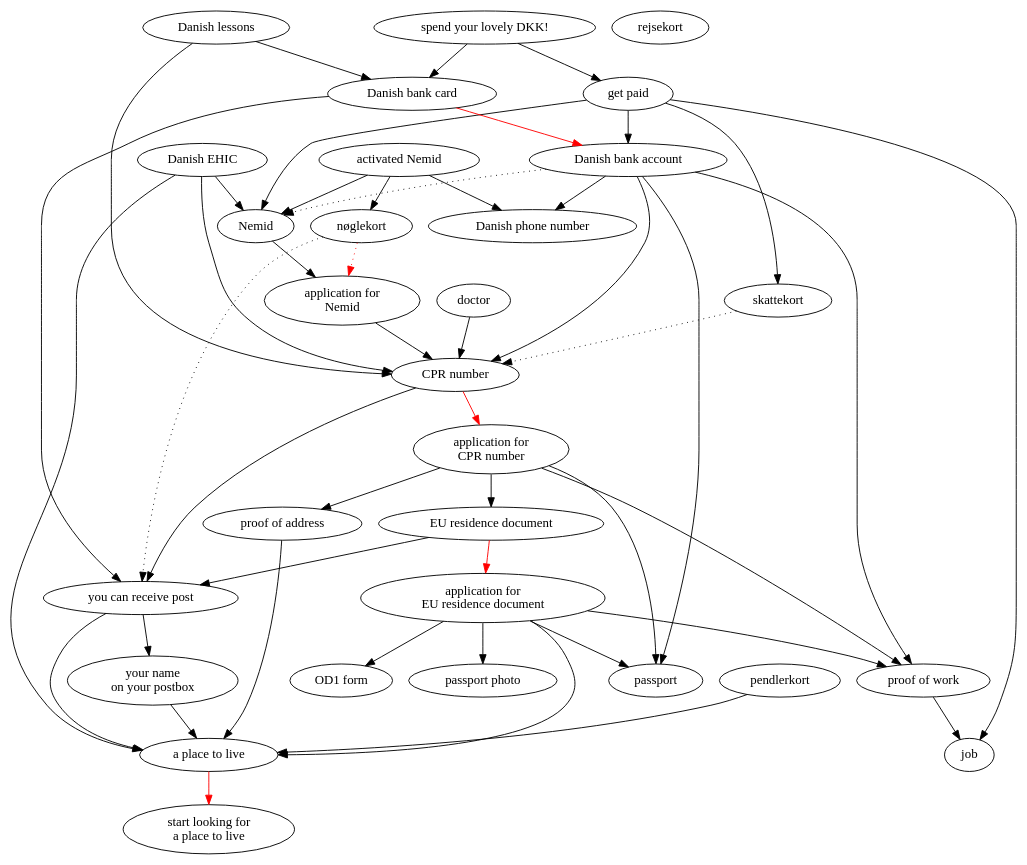
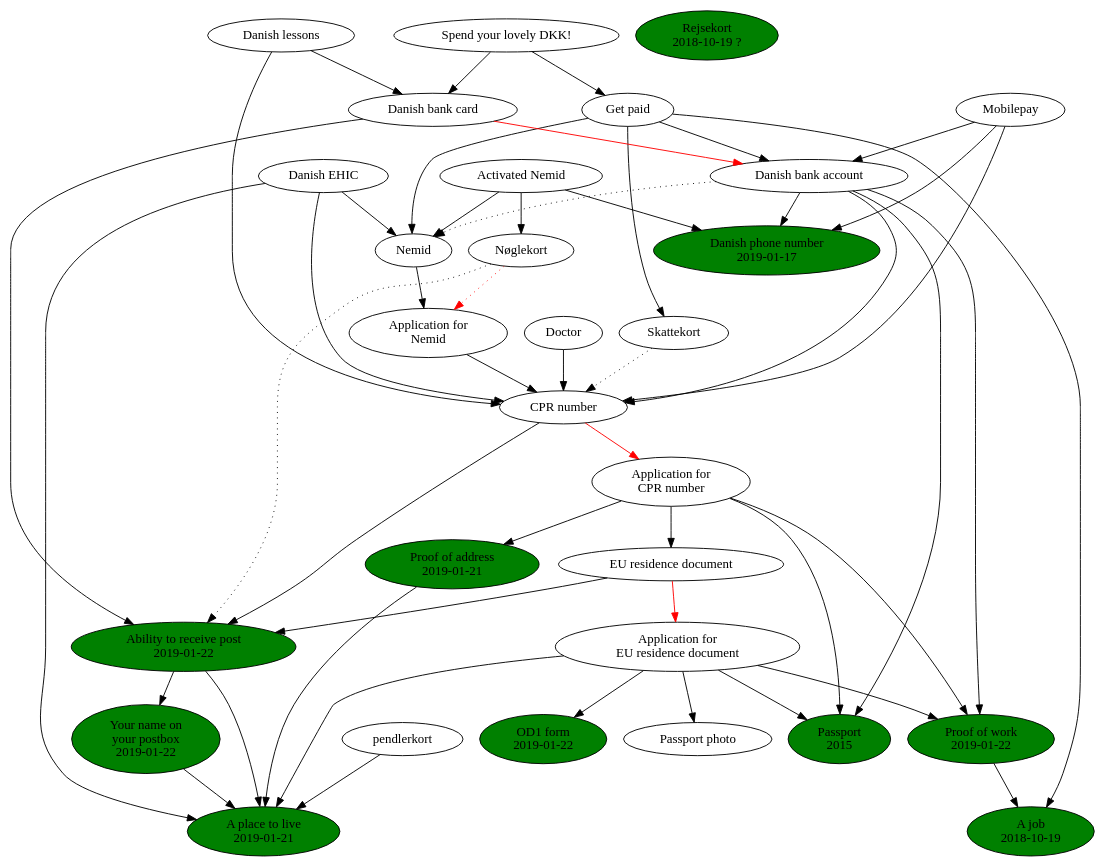
The diagram in flytter-til-danmark.dot (NoahBohme/emigrerer-til-danmark), drawn with Graphviz before and after one commit. The commit also changed 5 other files, not shown here.

```diff
--- a/flytter-til-danmark.dot
+++ b/flytter-til-danmark.dot
@@ -1,100 +1,103 @@
 digraph g {
-  job
-  proof_of_work [ label="proof of work" ]
+  job [ label="A job\n2018-10-19" style=filled fillcolor=green ]
+  proof_of_work [ label="Proof of work\n2019-01-22" style=filled fillcolor=green ]
   proof_of_work -> job
 
-  passport
+  passport [ label="Passport\n2015" style=filled fillcolor=green ]
 
-  danish_phone_number [ label="Danish phone number" ]
-  rejsekort
+  danish_phone_number [ label="Danish phone number\n2019-01-17" style=filled fillcolor=green ]
+  rejsekort [ label="Rejsekort\n2018-10-19 ?" style=filled fillcolor=green ]
 
-  start_looking_for_place_to_live [ label="start looking for\na place to live" ]
-  place_to_live [ label="a place to live" ]
-  place_to_live -> start_looking_for_place_to_live [ color="red" ]
+  place_to_live [ label="A place to live\n2019-01-21" style=filled fillcolor=green ]
 
-  name_on_postbox [ label="your name\non your postbox" ]
+  name_on_postbox [ label="Your name on\nyour postbox\n2019-01-22" style=filled fillcolor=green ]
   name_on_postbox -> place_to_live
 
-  can_receive_post [ label="you can receive post" ]
+  can_receive_post [ label="Ability to receive post\n2019-01-22" style=filled fillcolor=green ]
   can_receive_post -> place_to_live
   can_receive_post -> name_on_postbox
 
   pendlerkort
   pendlerkort -> place_to_live
 
-  eu_residence_document_application [ label="application for\nEU residence document" ]
+  eu_residence_document_application [ label="Application for\nEU residence document" ]
   eu_residence_document_application -> place_to_live
   eu_residence_document_application -> proof_of_work
   eu_residence_document_application -> passport
   eu_residence_document_application -> od1_form
-  od1_form [ label="OD1 form" ]
-  passport_photo [ label="passport photo" ]
+  od1_form [ label="OD1 form\n2019-01-22" style=filled fillcolor=green ]
+  passport_photo [ label="Passport photo" ]
   eu_residence_document_application -> passport_photo
 
   eu_residence_document [ label="EU residence document" ]
   eu_residence_document -> eu_residence_document_application [ color="red" ]
   eu_residence_document -> can_receive_post
 
-  cpr_number_application [ label="application for\nCPR number" ]
+  cpr_number_application [ label="Application for\nCPR number" ]
   cpr_number_application -> eu_residence_document
   cpr_number_application -> proof_of_work
   cpr_number_application -> proof_of_address
   cpr_number_application -> passport
 
   cpr_number [ label="CPR number" ]
   cpr_number -> cpr_number_application [ color="red" ]
   cpr_number -> can_receive_post
 
-  proof_of_address [ label="proof of address" ]
+  proof_of_address [ label="Proof of address\n2019-01-21" style=filled fillcolor=green ]
   proof_of_address -> place_to_live
 
-  skattekort
+  skattekort [ label="Skattekort" ]
   skattekort -> cpr_number [ style="dotted" ]
 
-  nemid_application [ label="application for\nNemid" ]
+  nemid_application [ label="Application for\nNemid" ]
   nemid_application -> cpr_number
   nemid [ label="Nemid" ]
   nemid -> nemid_application
 
   danish_bank_account [ label="Danish bank account" ]
   danish_bank_account -> cpr_number
   danish_bank_account -> proof_of_work
   danish_bank_account -> nemid [ style="dotted" ]
   danish_bank_account -> passport
   danish_bank_account -> danish_phone_number
 
-  activated_nemid [ label="activated Nemid" ]
+  activated_nemid [ label="Activated Nemid" ]
   activated_nemid -> nemid
   activated_nemid -> danish_phone_number
-  noglekort [ label="nøglekort" ]
+  noglekort [ label="Nøglekort" ]
   activated_nemid -> noglekort
   noglekort -> nemid_application [ style="dotted" color="red" ]
   noglekort -> can_receive_post [ style="dotted" ]
 
   ehic [ label="Danish EHIC" ]
   ehic -> cpr_number
   ehic -> nemid
   ehic -> place_to_live
 
-  doctor
+  doctor [ label="Doctor" ]
   doctor -> cpr_number
 
-  get_paid [ label="get paid" ]
+  get_paid [ label="Get paid" ]
   get_paid -> job
   get_paid -> skattekort
   get_paid -> danish_bank_account
   get_paid -> nemid
 
   danish_lessions [ label="Danish lessons" ]
   danish_lessions -> cpr_number
   danish_lessions -> danish_bank_card
 
   danish_bank_card [ label="Danish bank card" ]
   danish_bank_card -> danish_bank_account [ color="red" ]
   danish_bank_card -> can_receive_post
 
-  spend_lovely_dkk [ label="spend your lovely DKK!" ]
+  spend_lovely_dkk [ label="Spend your lovely DKK!" ]
   spend_lovely_dkk -> get_paid
   spend_lovely_dkk -> danish_bank_card
 
+  mobilepay [ label="Mobilepay" ]
+  mobilepay -> cpr_number
+  mobilepay -> danish_phone_number
+  mobilepay -> danish_bank_account
+
 }
```
